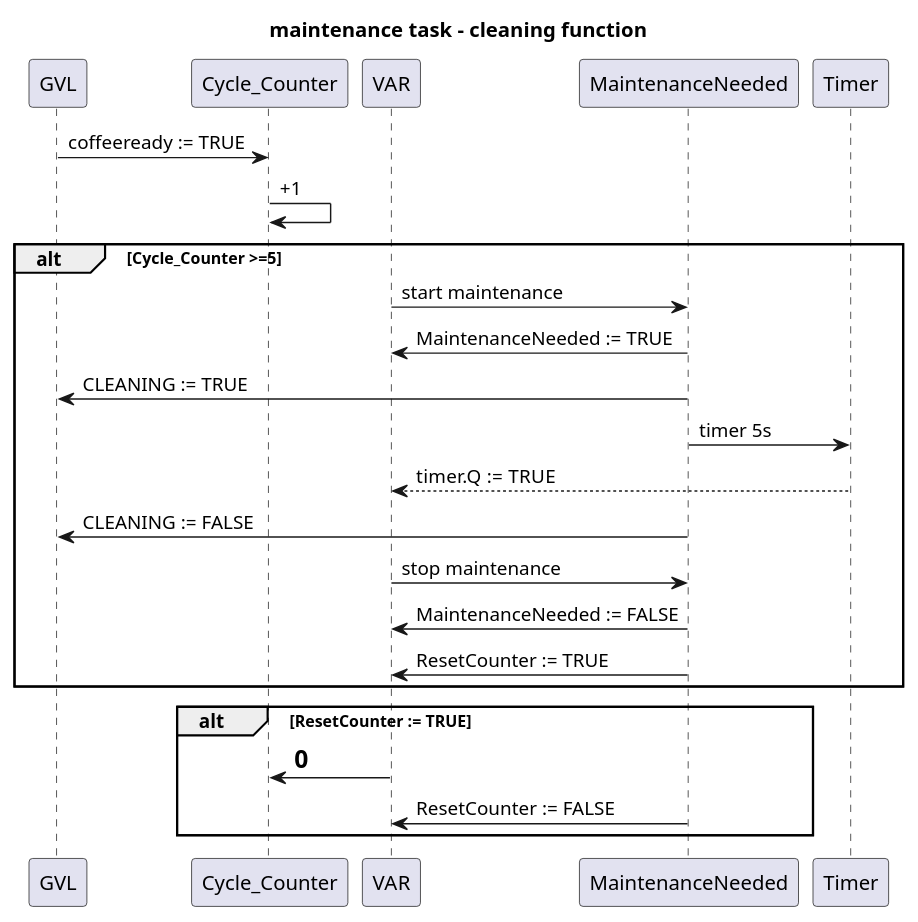
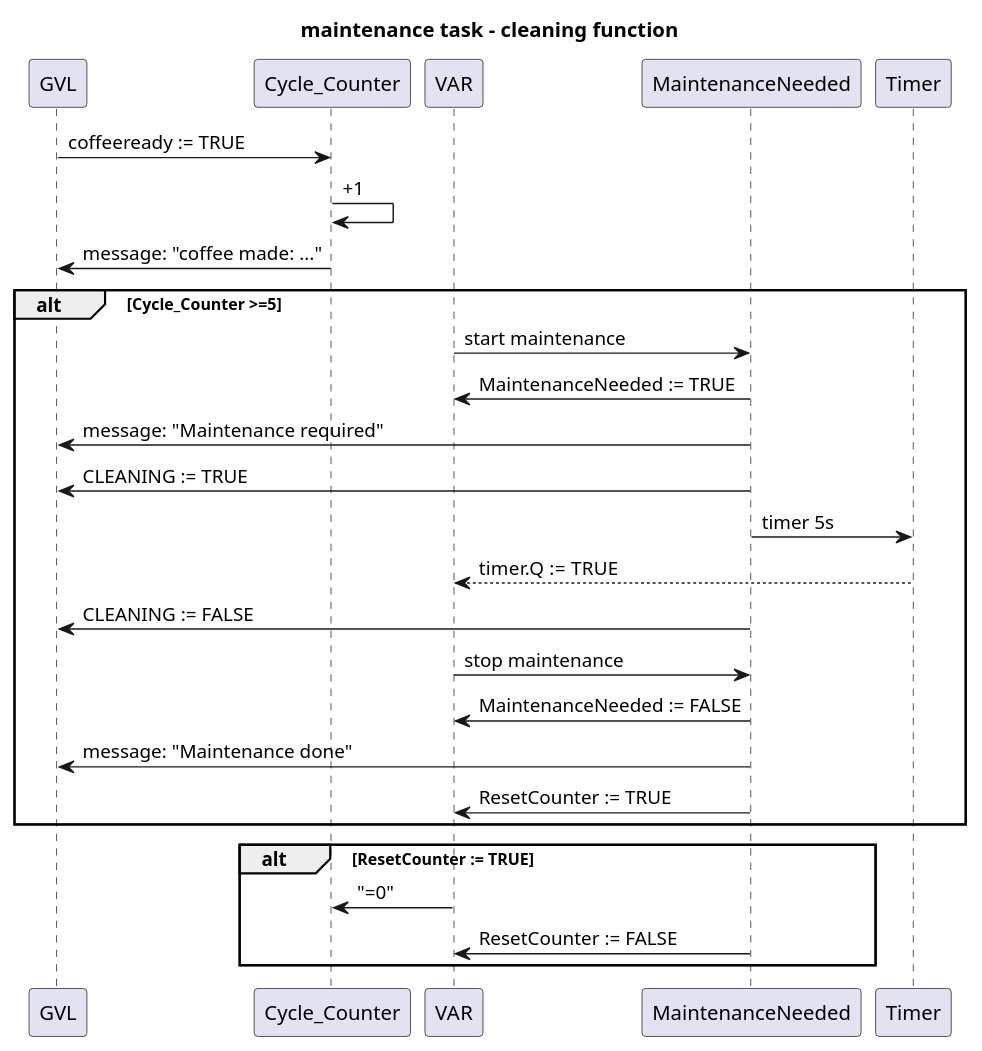
Before and after one commit to MicheleBossini/virtual-PLC: the diagram in mdbook/src/chapter_3.md, drawn with PlantUML. The commit also changed 3 other files, not shown here.

````diff
--- a/mdbook/src/chapter_3.md
+++ b/mdbook/src/chapter_3.md
@@ -8,26 +8,29 @@
 ```plantuml
 @startuml
 title maintenance task - cleaning function
 
 GVL -> Cycle_Counter : coffeeready := TRUE
 Cycle_Counter -> Cycle_Counter : +1
+Cycle_Counter -> GVL : message: "coffee made: ..."
 
 alt Cycle_Counter >=5 
 VAR -> MaintenanceNeeded : start maintenance
 MaintenanceNeeded -> VAR : MaintenanceNeeded := TRUE
+MaintenanceNeeded -> GVL : message: "Maintenance required"
 MaintenanceNeeded -> GVL : CLEANING := TRUE
 MaintenanceNeeded -> Timer : timer 5s
 Timer --> VAR : timer.Q := TRUE
 MaintenanceNeeded -> GVL : CLEANING := FALSE
 VAR -> MaintenanceNeeded : stop maintenance
 MaintenanceNeeded -> VAR: MaintenanceNeeded := FALSE
+MaintenanceNeeded -> GVL : message: "Maintenance done"
 MaintenanceNeeded -> VAR : ResetCounter := TRUE
 end
 alt ResetCounter := TRUE
-VAR -> Cycle_Counter : =0
+VAR -> Cycle_Counter : "=0"
 MaintenanceNeeded -> VAR : ResetCounter := FALSE
 
 end
 
 @enduml
 ```
````
